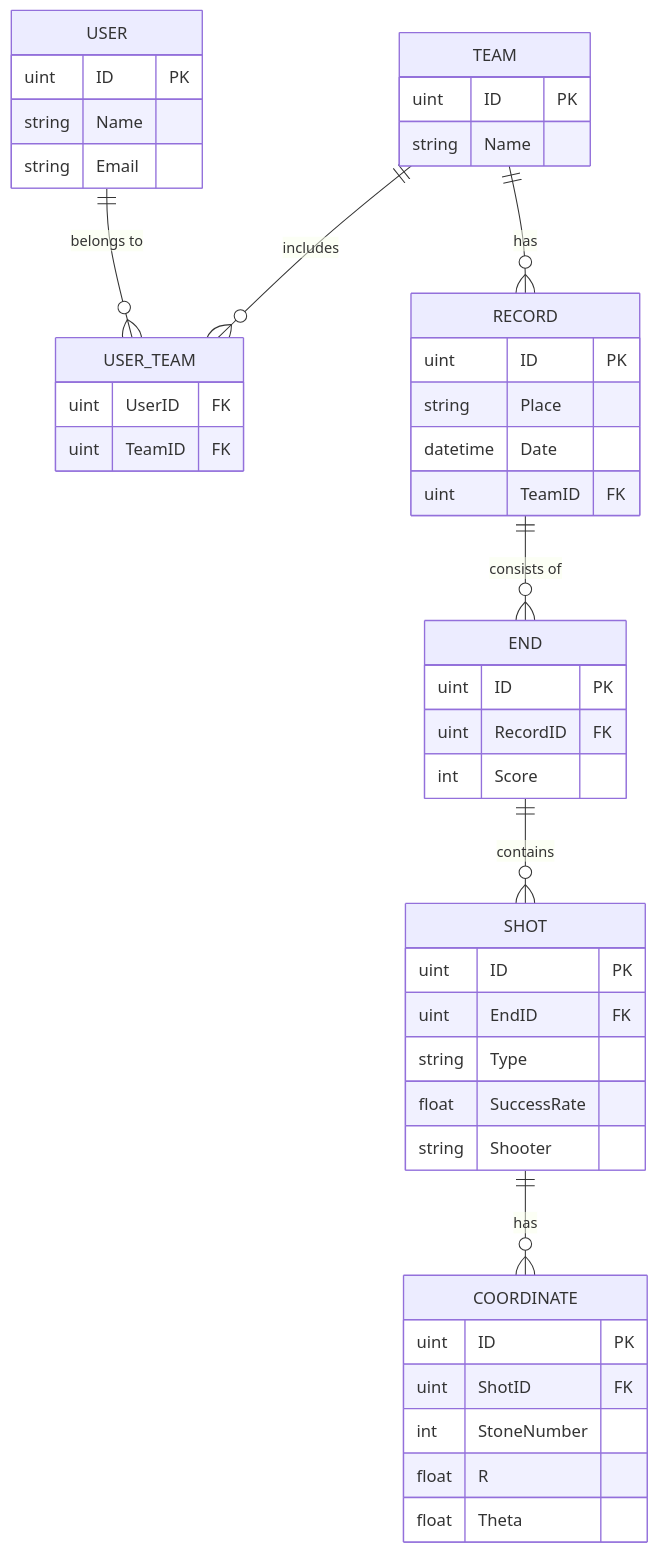
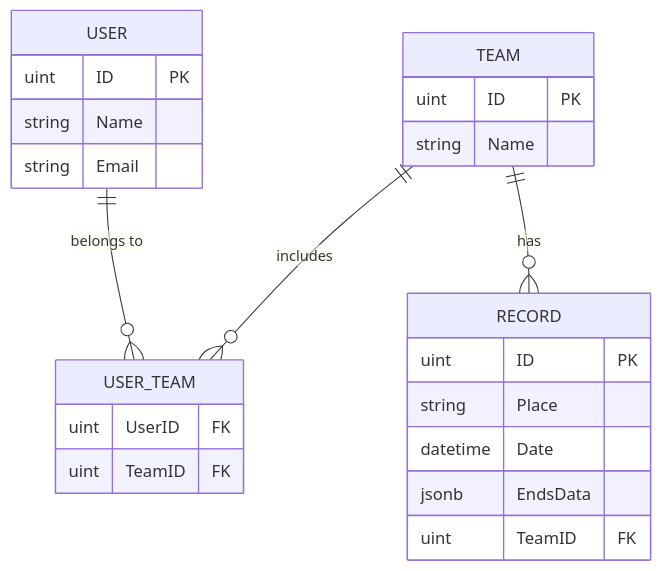
Before and after one commit to PRML-lab/CurlARC-Service: the diagram in docs/erDiagram.md, drawn with Mermaid. The commit also changed 1 other file, not shown here.

Commit message:
update: ER図の更新

````diff
--- a/docs/erDiagram.md
+++ b/docs/erDiagram.md
@@ -1,57 +1,32 @@
 ```mermaid
 erDiagram
     USER {
         uint ID PK
         string Name
         string Email
     }
 
     TEAM {
         uint ID PK
         string Name
     }
 
     RECORD {
         uint ID PK
         string Place
         datetime Date
+        jsonb EndsData
         uint TeamID FK
-    }
-
-    END {
-        uint ID PK
-        uint RecordID FK
-        int Score
-    }
-
-    SHOT {
-        uint ID PK
-        uint EndID FK
-        string Type
-        float SuccessRate
-        string Shooter
-    }
-
-    COORDINATE {
-        uint ID PK
-        uint ShotID FK
-        int StoneNumber
-        float R
-        float Theta
     }
 
     USER_TEAM {
         uint UserID FK
         uint TeamID FK
     }
 
     USER ||--o{ USER_TEAM: "belongs to"
     TEAM ||--o{ USER_TEAM: "includes"
     TEAM ||--o{ RECORD: "has"
-    RECORD ||--o{ END: "consists of"
-    END ||--o{ SHOT: "contains"
-    SHOT ||--o{ COORDINATE: "has"
-
 
 
 ```
````
